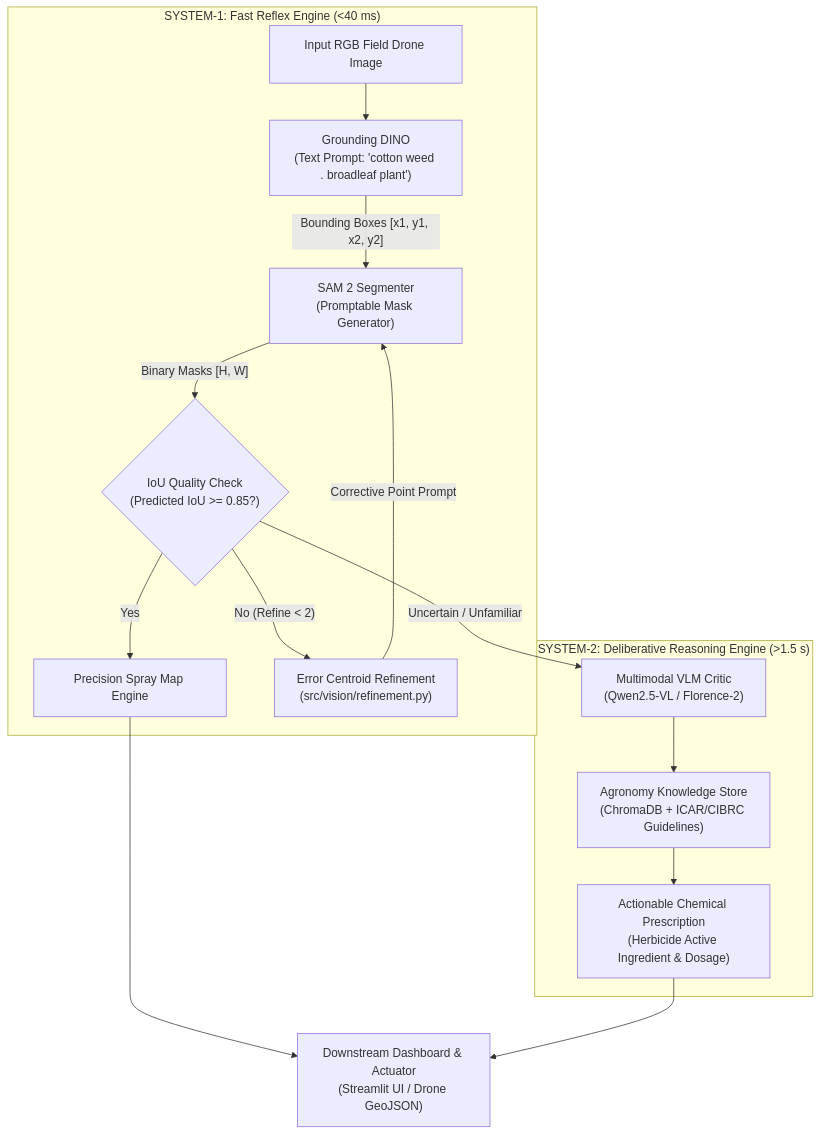
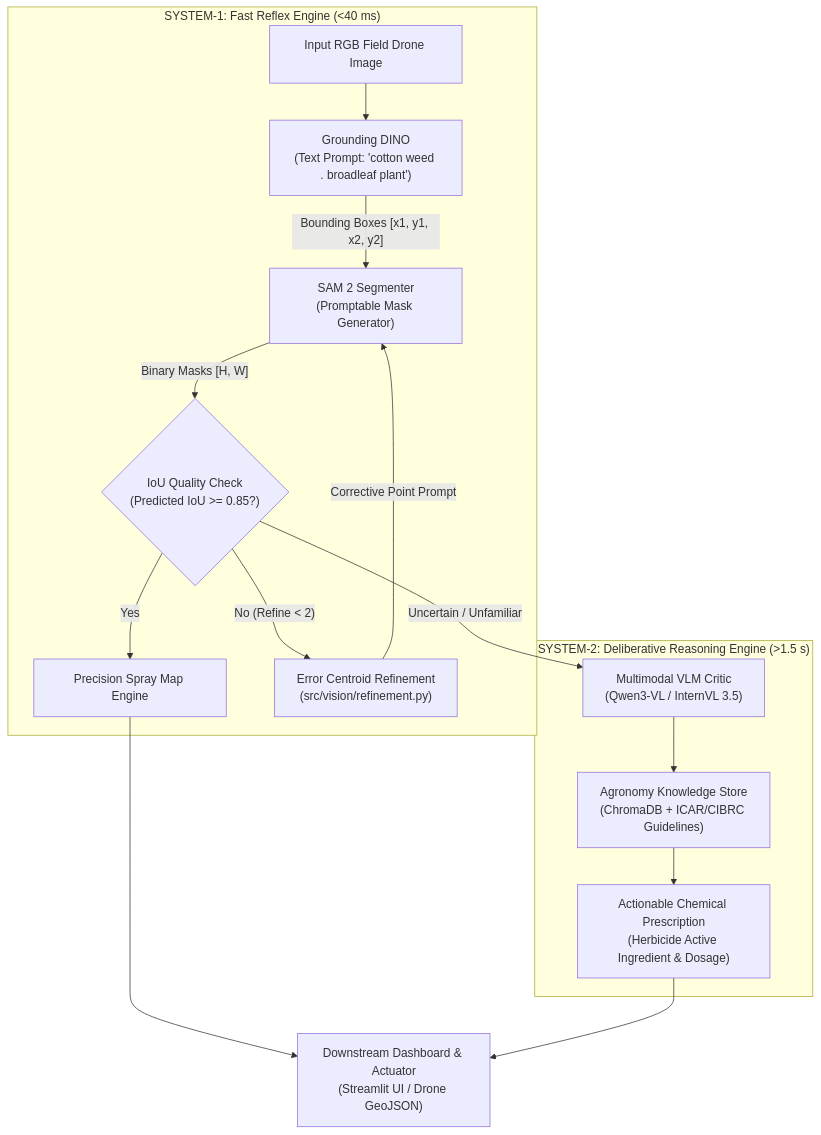
Before and after one commit to Chaitanya-666/agriAgent: the diagram in docs/Week1Context.md, drawn with Mermaid. The commit also changed 6 other files, not shown here.

````diff
--- a/docs/Week1Context.md
+++ b/docs/Week1Context.md
@@ -23,20 +23,20 @@
 ```mermaid
 flowchart TD
     subgraph S1["SYSTEM-1: Fast Reflex Engine (<40 ms)"]
         A["Input RGB Field Drone Image"] --> B["Grounding DINO<br/>(Text Prompt: 'cotton weed . broadleaf plant')"]
         B -->|"Bounding Boxes [x1, y1, x2, y2]"| C["SAM 2 Segmenter<br/>(Promptable Mask Generator)"]
         C -->|"Binary Masks [H, W]"| D{"IoU Quality Check<br/>(Predicted IoU >= 0.85?)"}
         D -- "Yes" --> E["Precision Spray Map Engine"]
         D -- "No (Refine < 2)" --> F["Error Centroid Refinement<br/>(src/vision/refinement.py)"]
         F -->|"Corrective Point Prompt"| C
     end
 
     subgraph S2["SYSTEM-2: Deliberative Reasoning Engine (>1.5 s)"]
-        D -- "Uncertain / Unfamiliar" --> G["Multimodal VLM Critic<br/>(Qwen2.5-VL / Florence-2)"]
+        D -- "Uncertain / Unfamiliar" --> G["Multimodal VLM Critic<br/>(Qwen3-VL / InternVL 3.5)"]
         G --> H["Agronomy Knowledge Store<br/>(ChromaDB + ICAR/CIBRC Guidelines)"]
         H --> I["Actionable Chemical Prescription<br/>(Herbicide Active Ingredient & Dosage)"]
     end
 
     E --> J["Downstream Dashboard & Actuator<br/>(Streamlit UI / Drone GeoJSON)"]
     I --> J
 ```
````
